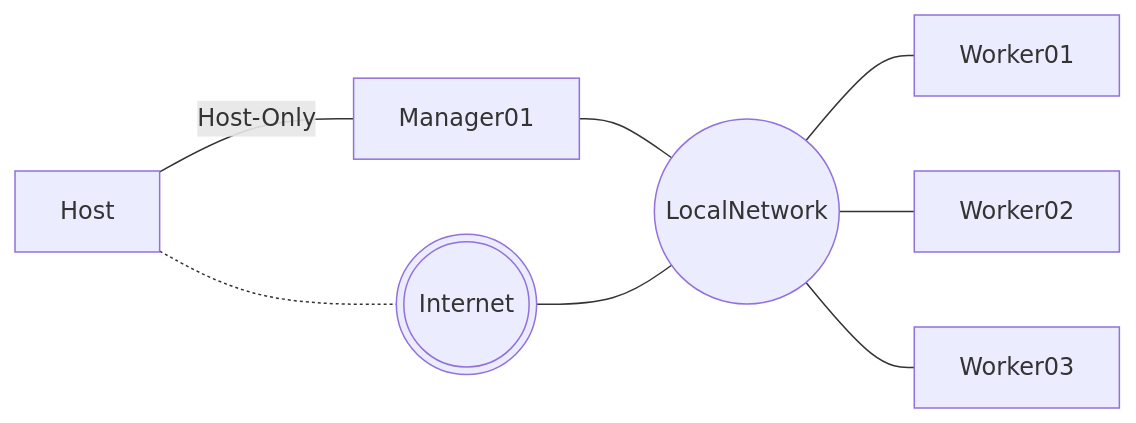
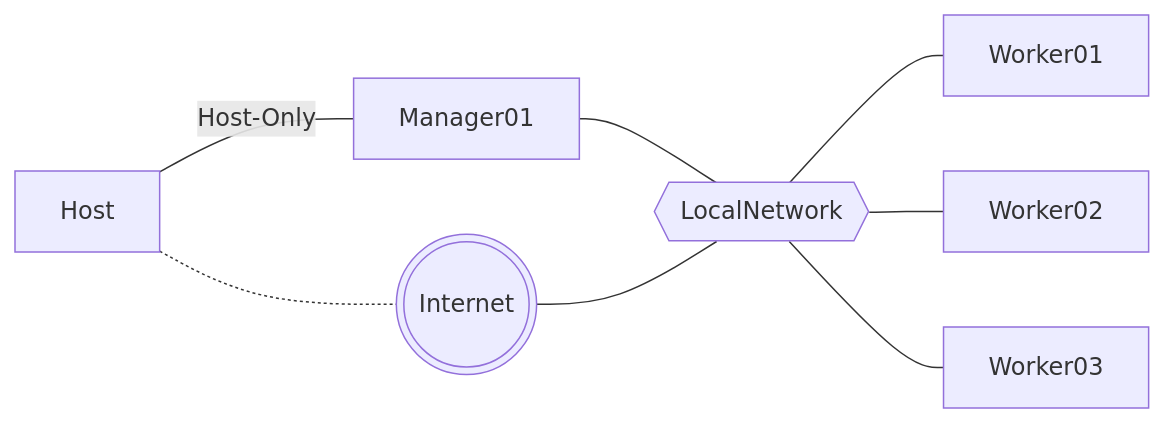
Before and after one commit to pgaljan/snippets: the diagram in K3SLite.md, drawn with Mermaid.

````diff
--- a/K3SLite.md
+++ b/K3SLite.md
@@ -14,10 +14,10 @@
 ```mermaid
 flowchart LR;
     Host---|Host-Only|Manager01;
-    Manager01---LocalNetwork((LocalNetwork))
+    Manager01---LocalNetwork{{LocalNetwork}}
     LocalNetwork---Worker01
     LocalNetwork---Worker02
     LocalNetwork---Worker03
     Internet(((Internet)))---LocalNetwork
     Host -.- Internet
 ```
````
